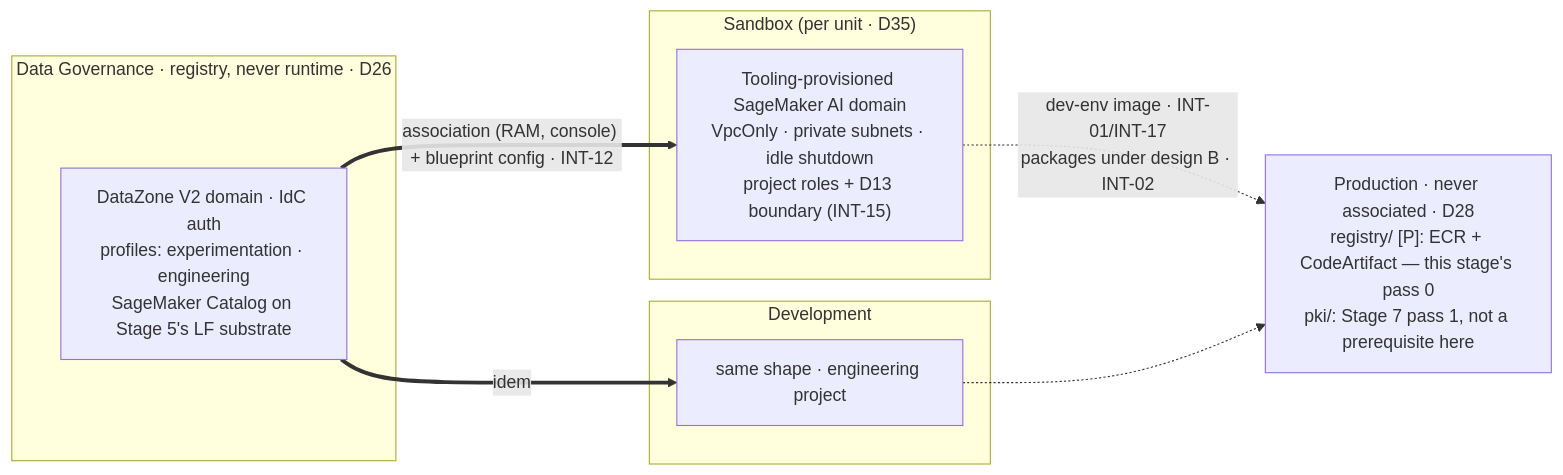
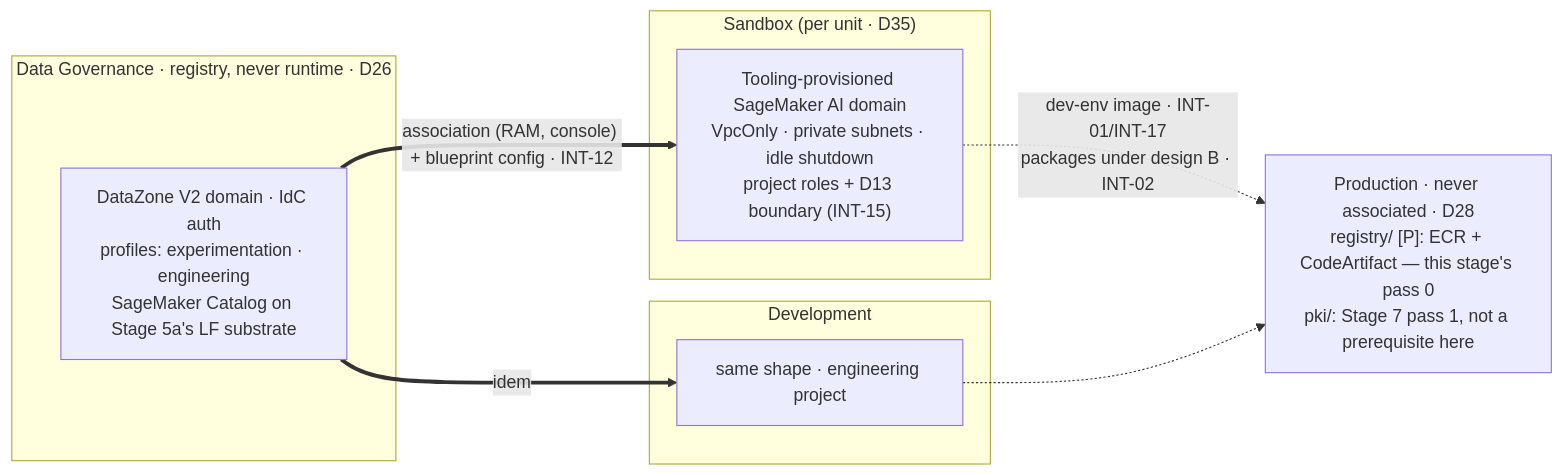
One commit to felipenoris/AWS-DataScience changed the diagram in docs/plan/stages/stage-06a-unified-studio.md. Above: the diagram before and after it, drawn with Mermaid. The commit also changed other lines of this file and 99 other files, not shown here.

````diff
--- a/docs/plan/stages/stage-06a-unified-studio.md
+++ b/docs/plan/stages/stage-06a-unified-studio.md
@@ -40,18 +40,18 @@
 ```mermaid
 flowchart LR
     subgraph DG["Data Governance · registry, never runtime · D26"]
-        DOM["DataZone V2 domain · IdC auth<br/>profiles: experimentation · engineering<br/>SageMaker Catalog on Stage 5's LF substrate"]
+        DOM["DataZone V2 domain · IdC auth<br/>profiles: experimentation · engineering<br/>SageMaker Catalog on Stage 5a's LF substrate"]
     end
     subgraph SBX["Sandbox (per unit · D35)"]
         SBXRT["Tooling-provisioned SageMaker AI domain<br/>VpcOnly · private subnets · idle shutdown<br/>project roles + D13 boundary (INT-15)"]
     end
     subgraph DEV["Development"]
         DEVRT["same shape · engineering project"]
     end
     PRD["Production · never associated · D28<br/>registry/ [P]: ECR + CodeArtifact — this stage's pass 0<br/>pki/: Stage 7 pass 1, not a prerequisite here"]
 
     DOM ==>|"association (RAM, console) + blueprint config · INT-12"| SBXRT
     DOM ==>|"idem"| DEVRT
     SBXRT -.->|"dev-env image · INT-01/INT-17<br/>packages under design B · INT-02"| PRD
     DEVRT -.-> PRD
 ```
````
